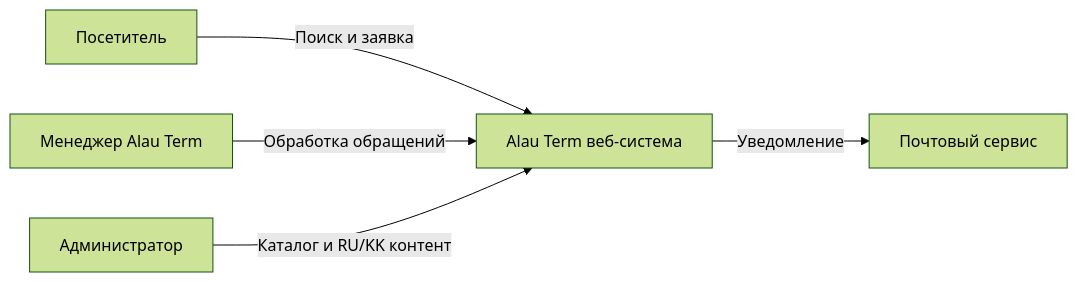
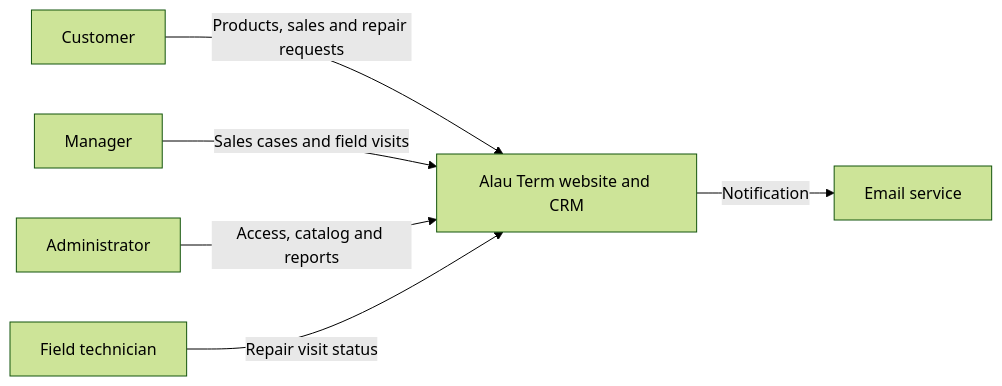
Before and after one commit to Gapo-7/DIPLOMA: the diagram in docs/diagrams/system-context.mmd, drawn with Mermaid (forest theme). The commit also changed 9 other files, not shown here.

Commit message:
Revise pre-defence materials for website and CRM scope

```diff
--- a/docs/diagrams/system-context.mmd
+++ b/docs/diagrams/system-context.mmd
@@ -1,5 +1,6 @@
 flowchart LR
-  Visitor[Посетитель] -->|Поиск и заявка| System[Alau Term веб-система]
-  Manager[Менеджер Alau Term] -->|Обработка обращений| System
-  Admin[Администратор] -->|Каталог и RU/KK контент| System
-  System -->|Уведомление| Mail[Почтовый сервис]
+  Customer[Customer] -->|Products, sales and repair requests| System[Alau Term website and CRM]
+  Manager[Manager] -->|Sales cases and field visits| System
+  Admin[Administrator] -->|Access, catalog and reports| System
+  Technician[Field technician] -->|Repair visit status| System
+  System -->|Notification| Mail[Email service]
```
